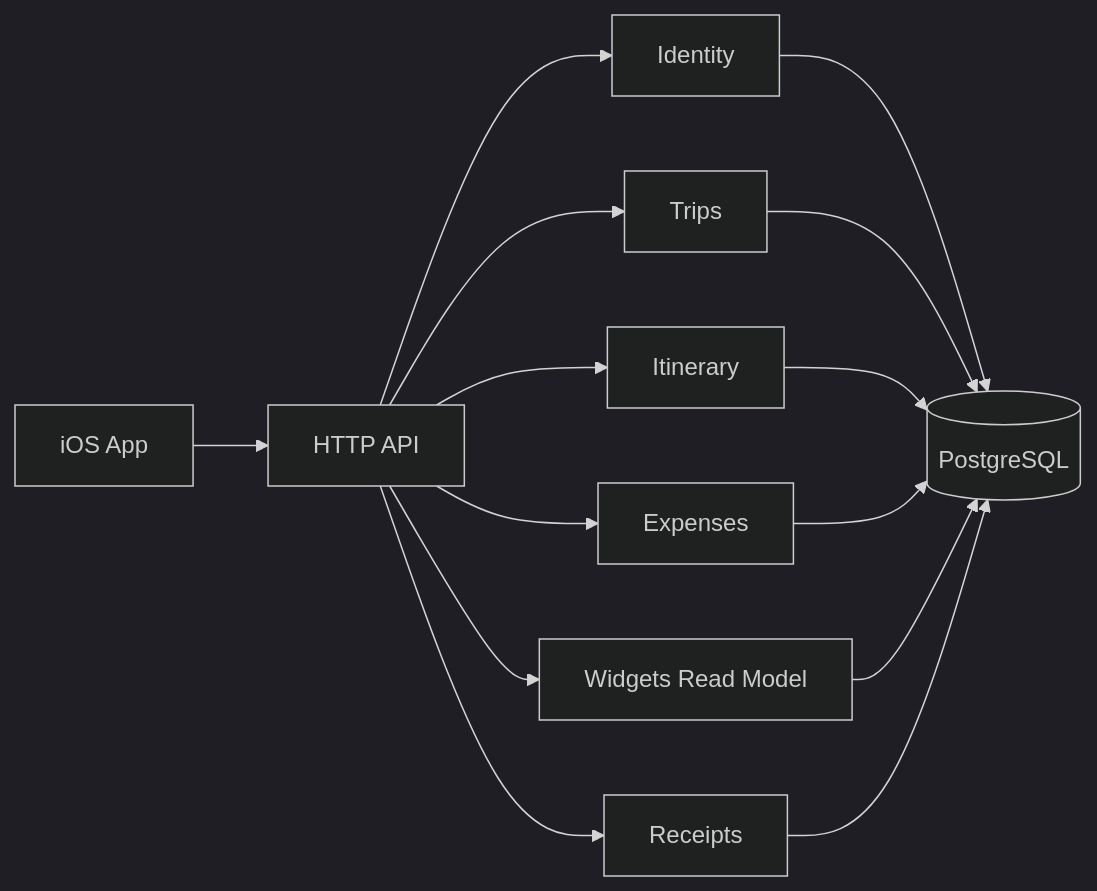
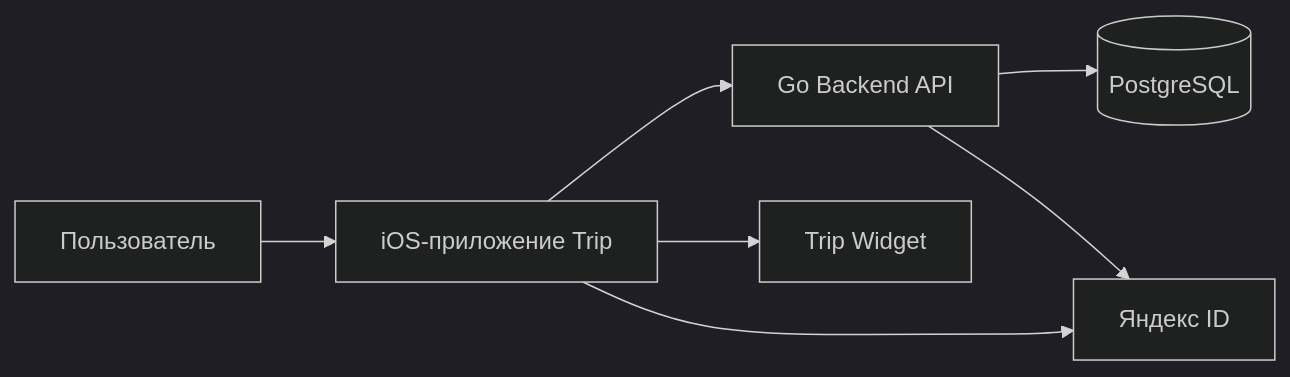
One commit to vshgr/trip changed the diagram in docs/backend/architecture.md. Above: the diagram before and after it, drawn with Mermaid (dark theme). The commit also changed other lines of this file and 20 other files, not shown here.

````diff
--- a/docs/backend/architecture.md
+++ b/docs/backend/architecture.md
@@ -21,26 +18,16 @@
 ```mermaid
 flowchart LR
-    ios["iOS App"]
-    api["HTTP API"]
-    identity["Identity"]
-    trips["Trips"]
-    itinerary["Itinerary"]
-    expenses["Expenses"]
-    widgets["Widgets Read Model"]
-    receipts["Receipts"]
+    user["Пользователь"]
+    ios["iOS-приложение Trip"]
+    widget["Trip Widget"]
+    api["Go Backend API"]
     db[("PostgreSQL")]
+    yandex["Яндекс ID"]
 
+    user --> ios
     ios --> api
-    api --> identity
-    api --> trips
-    api --> itinerary
-    api --> expenses
-    api --> widgets
-    api --> receipts
-    identity --> db
-    trips --> db
-    itinerary --> db
-    expenses --> db
-    widgets --> db
-    receipts --> db
+    ios --> widget
+    api --> db
+    ios --> yandex
+    api --> yandex
 ```
````
